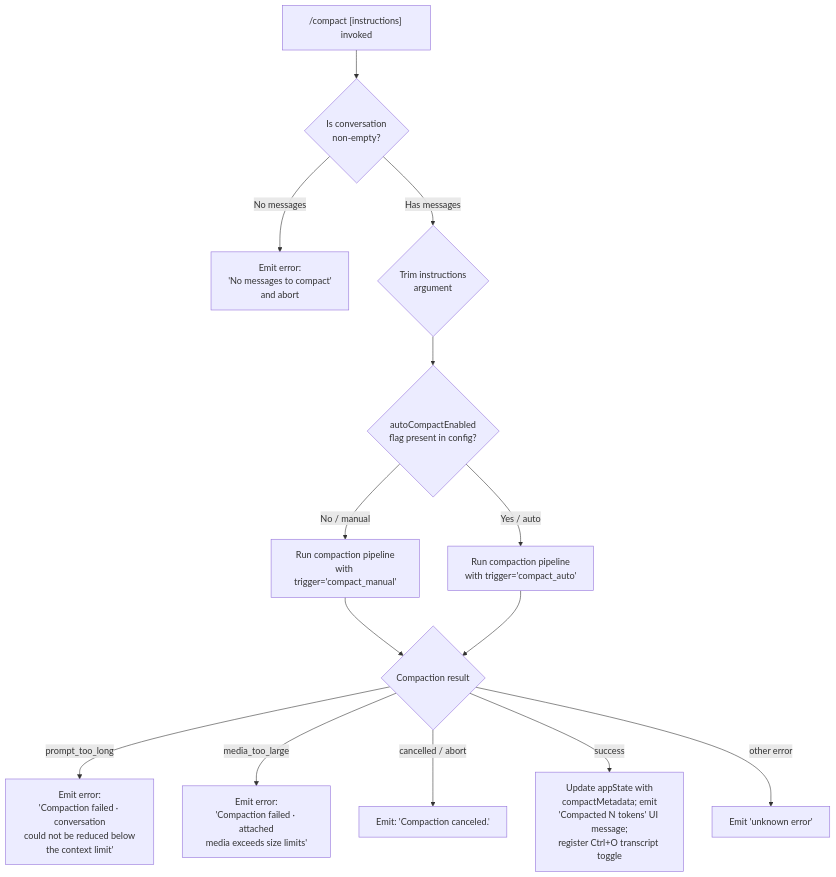
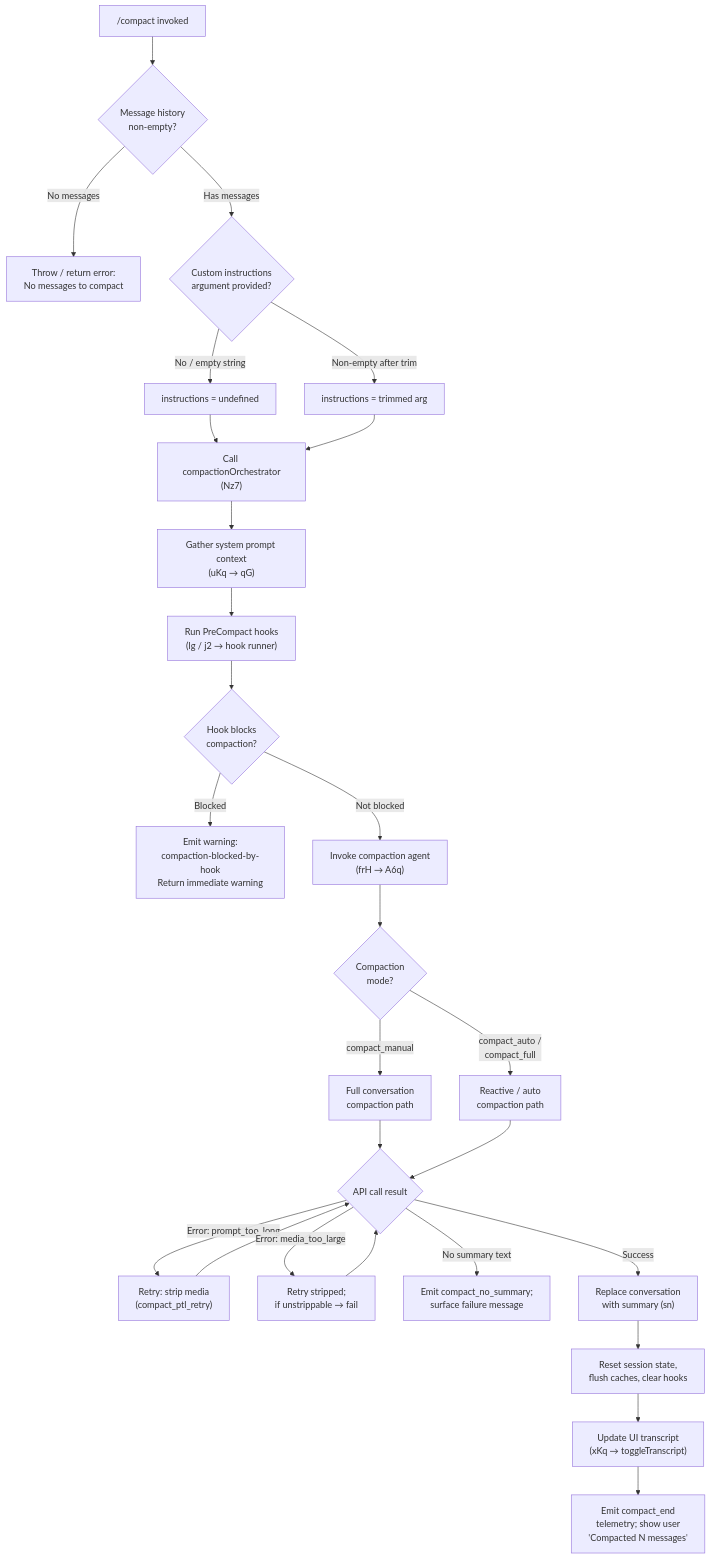
One commit to MyLittleLuckyDog/cc-gnothi changed the diagram in versions/v2.1.143/compact.md. Above: the diagram before and after it, drawn with Mermaid. The commit also changed other lines of this file and 483 other files, not shown here.

````diff
--- a/versions/v2.1.143/compact.md
+++ b/versions/v2.1.143/compact.md
@@ -48,16 +57,27 @@
 ```mermaid
 flowchart TD
-    A["/compact [instructions] invoked"] --> B{Is conversation\nnon-empty?}
-    B -- "No messages" --> C[Emit error:\n'No messages to compact'\nand abort]
-    B -- "Has messages" --> D{Trim instructions\nargument}
-    D --> E{autoCompactEnabled\nflag present in config?}
-    E -- "No / manual" --> F[Run compaction pipeline\nwith trigger='compact_manual']
-    E -- "Yes / auto" --> G[Run compaction pipeline\nwith trigger='compact_auto']
-    F --> H{Compaction result}
-    G --> H
-    H -- "prompt_too_long" --> I[Emit error:\n'Compaction failed · conversation\ncould not be reduced below\nthe context limit']
-    H -- "media_too_large" --> J[Emit error:\n'Compaction failed · attached\nmedia exceeds size limits']
-    H -- "cancelled / abort" --> K[Emit: 'Compaction canceled.']
-    H -- "success" --> L[Update appState with\ncompactMetadata; emit\n'Compacted N tokens' UI message;\nregister Ctrl+O transcript toggle]
-    H -- "other error" --> M[Emit 'unknown error']
+    A["/compact invoked"] --> B{Message history<br/>non-empty?}
+    B -- "No messages" --> C["Throw / return error:<br/>No messages to compact"]
+    B -- "Has messages" --> D{Custom instructions<br/>argument provided?}
+    D -- "No / empty string" --> E["instructions = undefined"]
+    D -- "Non-empty after trim" --> F["instructions = trimmed arg"]
+    E & F --> G["Call compactionOrchestrator<br/>(Nz7)"]
+    G --> H["Gather system prompt context<br/>(uKq → qG)"]
+    H --> I["Run PreCompact hooks<br/>(lg / j2 → hook runner)"]
+    I --> J{Hook blocks<br/>compaction?}
+    J -- "Blocked" --> K["Emit warning:<br/>compaction-blocked-by-hook<br/>Return immediate warning"]
+    J -- "Not blocked" --> L["Invoke compaction agent<br/>(frH → A6q)"]
+    L --> M{Compaction<br/>mode?}
+    M -- "compact_manual" --> N["Full conversation<br/>compaction path"]
+    M -- "compact_auto /<br/>compact_full" --> O["Reactive / auto<br/>compaction path"]
+    N & O --> P{API call result}
+    P -- "Error: prompt_too_long" --> Q["Retry: strip media<br/>(compact_ptl_retry)"]
+    P -- "Error: media_too_large" --> R["Retry stripped;<br/>if unstrippable → fail"]
+    P -- "No summary text" --> S["Emit compact_no_summary;<br/>surface failure message"]
+    P -- "Success" --> T["Replace conversation<br/>with summary (sn)"]
+    T --> U["Reset session state,<br/>flush caches, clear hooks"]
+    U --> V["Update UI transcript<br/>(xKq → toggleTranscript)"]
+    V --> W["Emit compact_end<br/>telemetry; show user<br/>'Compacted N messages'"]
+    Q --> P
+    R --> P
 ```
````
